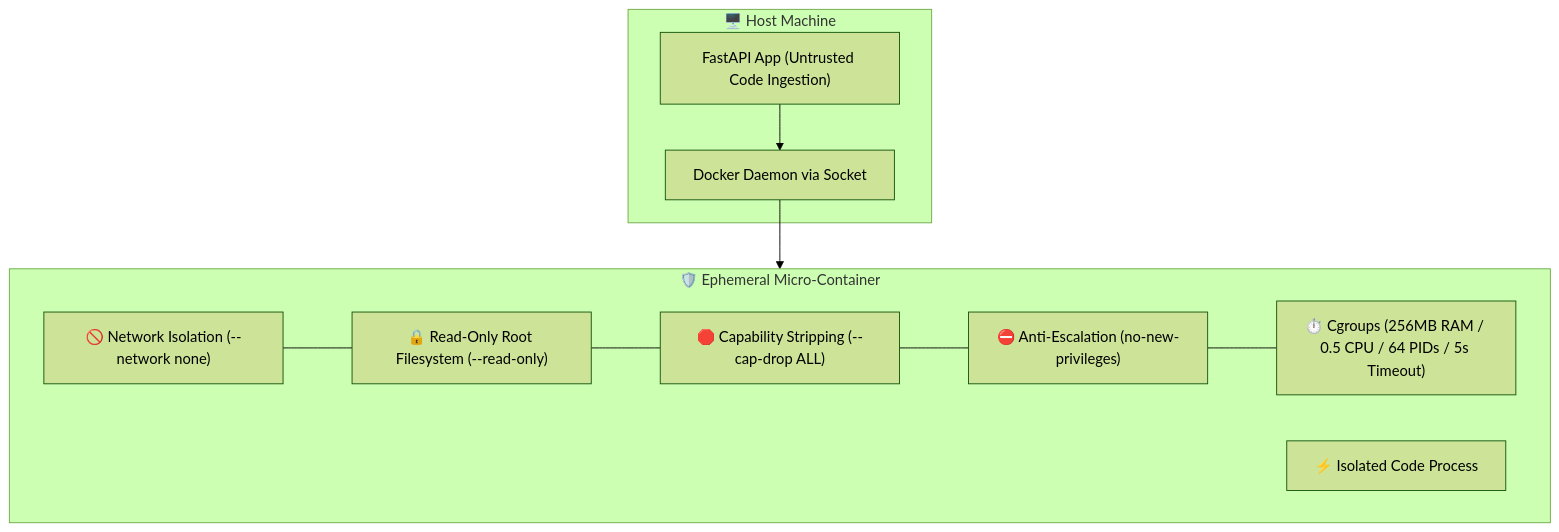
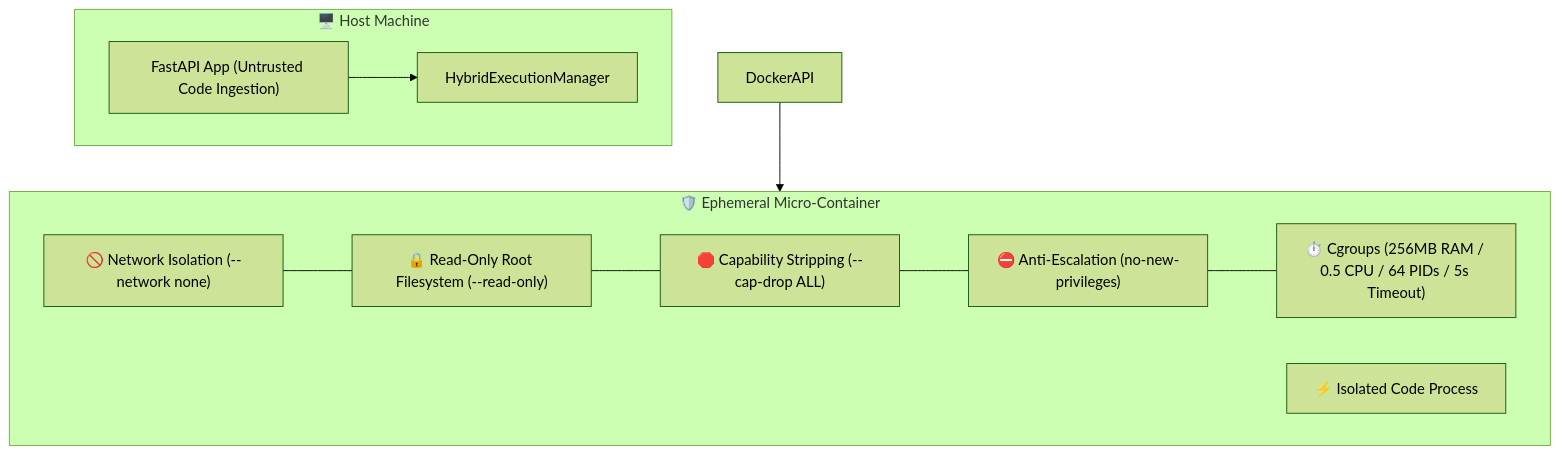
The diagram in docs/SECURITY.md (Bit-manipulators/DevLense), drawn with Mermaid (forest theme) before and after one commit. The commit also changed other lines of this file and 7 other files, not shown here.

````diff
--- a/docs/SECURITY.md
+++ b/docs/SECURITY.md
@@ -33,21 +34,21 @@
 ```mermaid
 flowchart TD
     subgraph Host["🖥️ Host Machine"]
         FastAPI["FastAPI App (Untrusted Code Ingestion)"]
-        DockerAPI["Docker Daemon via Socket"]
-        FastAPI --> DockerAPI
+        ExecutionMgr["HybridExecutionManager"]
+        FastAPI --> ExecutionMgr
     end
 
     subgraph ContainerSandbox["🛡️ Ephemeral Micro-Container"]
         NetIso["🚫 Network Isolation (--network none)"]
         FsIso["🔒 Read-Only Root Filesystem (--read-only)"]
         CapIso["🛑 Capability Stripping (--cap-drop ALL)"]
         PrivIso["⛔ Anti-Escalation (no-new-privileges)"]
         ResIso["⏱️ Cgroups (256MB RAM / 0.5 CPU / 64 PIDs / 5s Timeout)"]
         
         NetIso --- FsIso --- CapIso --- PrivIso --- ResIso
         CodeExecution["⚡ Isolated Code Process"]
     end
 
     DockerAPI --> ContainerSandbox
 ```
````
